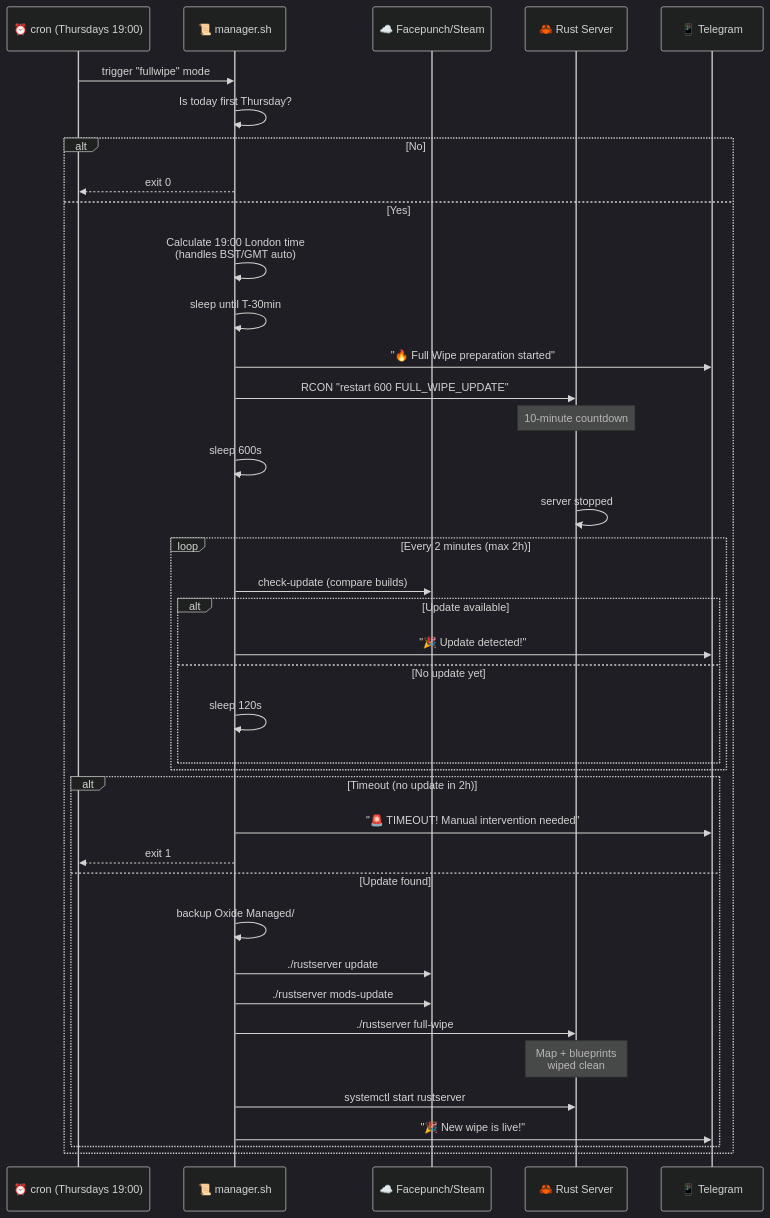
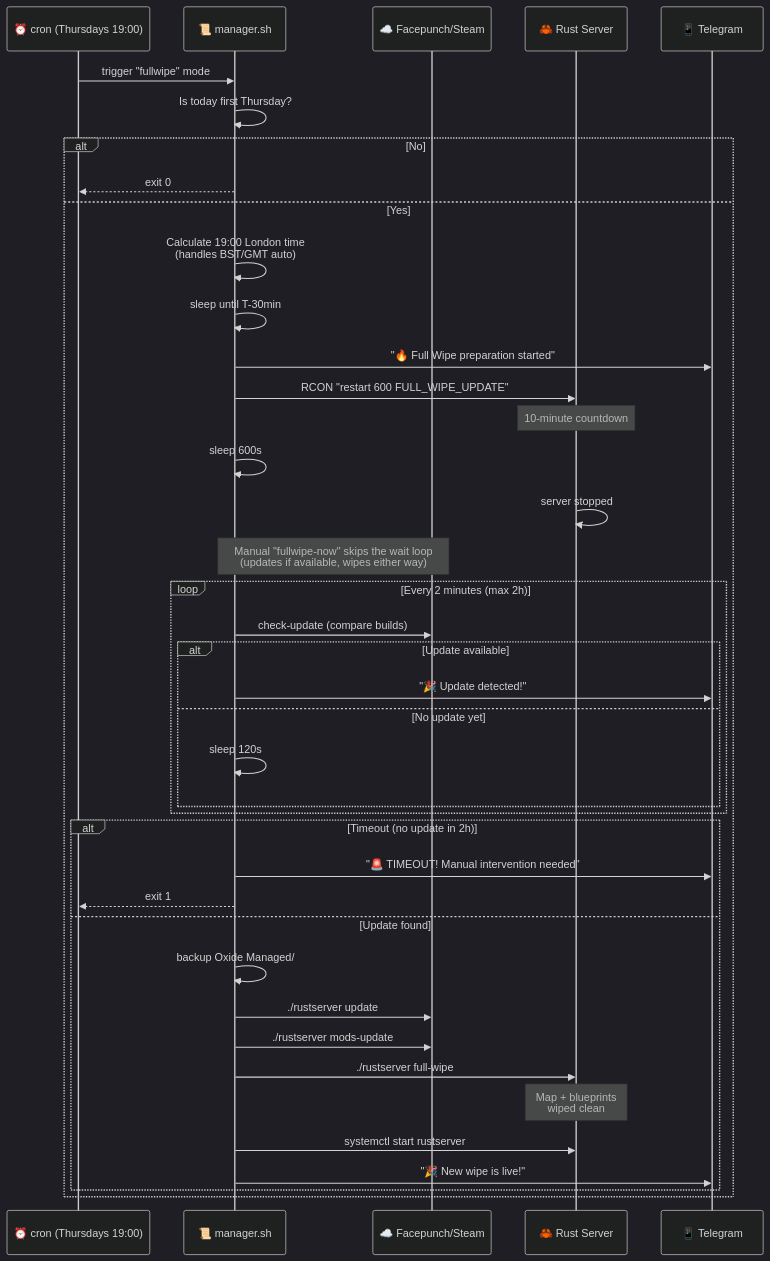
Before and after one commit to wobujidao/rust-wipe-manager: the fourth of 4 diagrams in README.md, drawn with Mermaid (dark theme). The commit also changed other lines of this file and 1 other file, not shown here.

Commit message:
docs: OS maintenance, post-boot, power-off flag, seed rotation, fullwipe-now

````diff
--- a/README.md
+++ b/README.md
@@ -134,44 +179,45 @@
 ```mermaid
 sequenceDiagram
     participant C as ⏰ cron (Thursdays 19:00)
     participant M as 📜 manager.sh
     participant FP as ☁️ Facepunch/Steam
     participant R as 🦀 Rust Server
     participant T as 📱 Telegram
 
     C->>M: trigger "fullwipe" mode
     M->>M: Is today first Thursday?
     alt No
         M-->>C: exit 0
     else Yes
         M->>M: Calculate 19:00 London time<br/>(handles BST/GMT auto)
         M->>M: sleep until T-30min
         M->>T: "🔥 Full Wipe preparation started"
         M->>R: RCON "restart 600 FULL_WIPE_UPDATE"
         Note over R: 10-minute countdown
         M->>M: sleep 600s
         R->>R: server stopped
 
+        Note over M,FP: Manual "fullwipe-now" skips the wait loop<br/>(updates if available, wipes either way)
         loop Every 2 minutes (max 2h)
             M->>FP: check-update (compare builds)
             alt Update available
                 M->>T: "🎉 Update detected!"
             else No update yet
                 M->>M: sleep 120s
             end
         end
 
         alt Timeout (no update in 2h)
             M->>T: "🚨 TIMEOUT! Manual intervention needed"
             M-->>C: exit 1
         else Update found
             M->>M: backup Oxide Managed/
             M->>FP: ./rustserver update
             M->>FP: ./rustserver mods-update
             M->>R: ./rustserver full-wipe
             Note over R: Map + blueprints<br/>wiped clean
             M->>R: systemctl start rustserver
             M->>T: "🎉 New wipe is live!"
         end
     end
 ```
````
